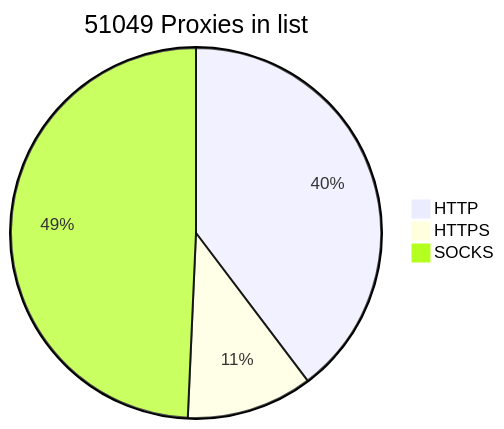
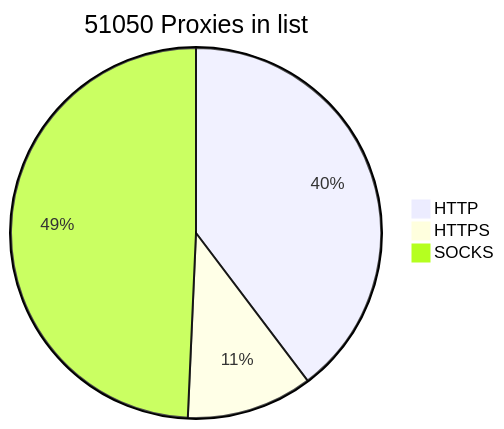
The diagram in README.md (BlackSnowDot/proxylist-update-every-minute), drawn with Mermaid before and after one commit.

````diff
--- a/README.md
+++ b/README.md
@@ -2,6 +2,6 @@
 ```mermaid
-pie title 51049 Proxies in list
+pie title 51050 Proxies in list
     "HTTP" : 22455
     "HTTPS": 6226
-    "SOCKS" : 27882
+    "SOCKS" : 27883
 ```
````
